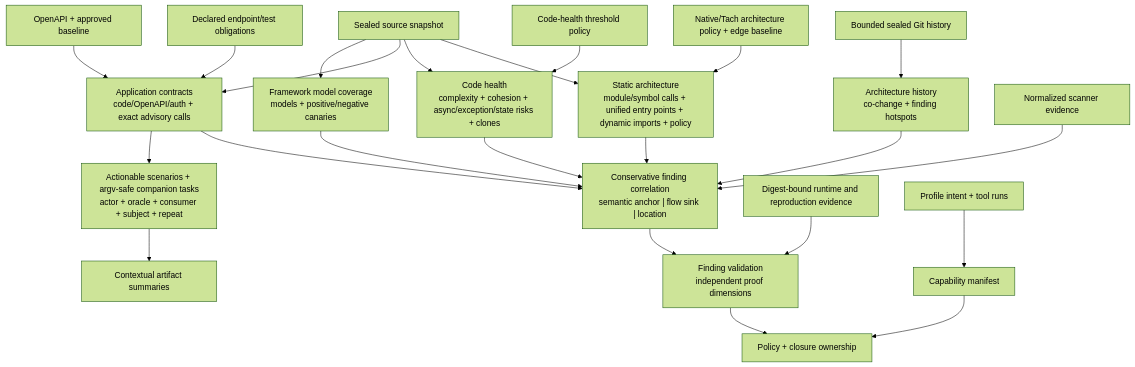
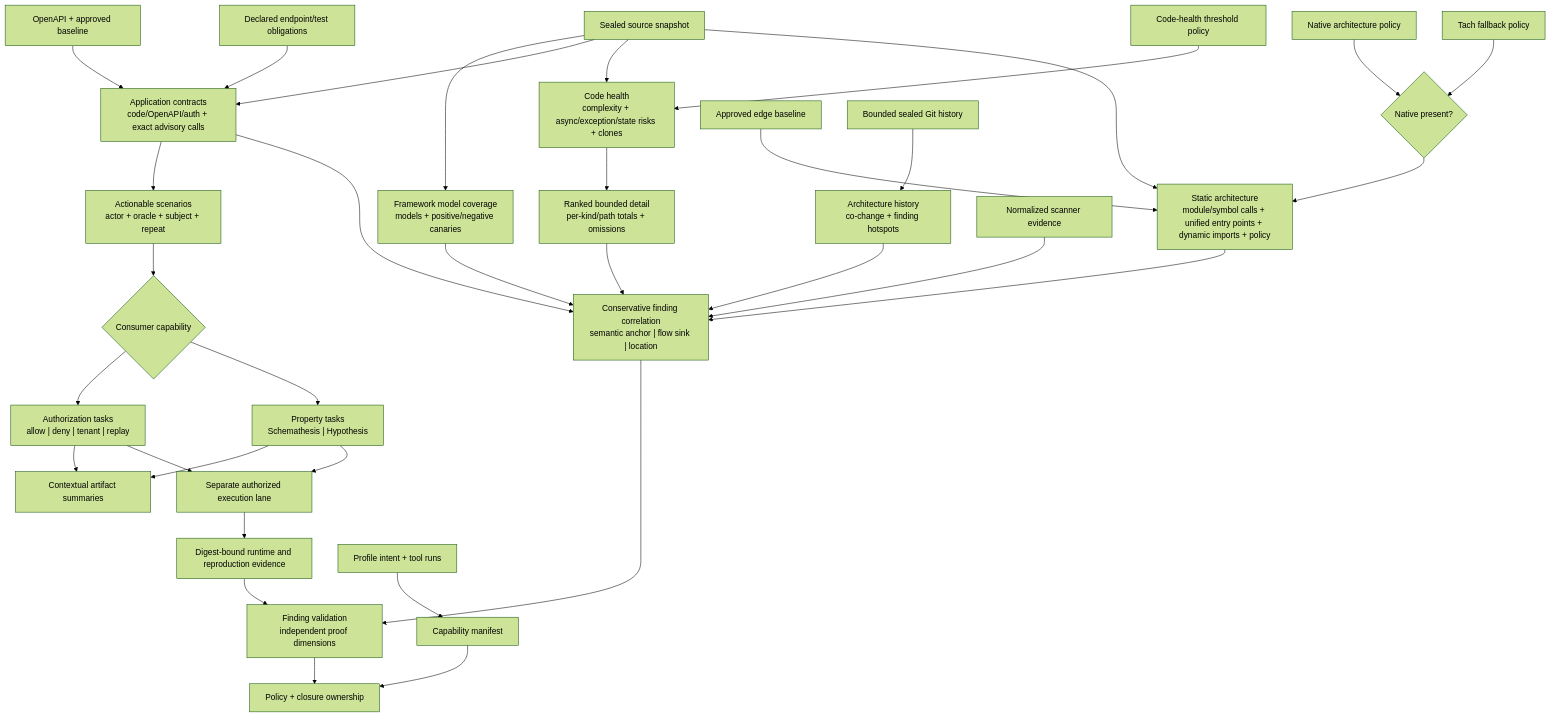
The second of 17 diagrams in docs/design.md (willtran87/project-py-security-suite), drawn with Mermaid (forest theme) before and after one commit. The commit also changed 6 other files, not shown here.

Commit message:
docs: refresh analysis flows and diagrams

````diff
--- a/docs/design.md
+++ b/docs/design.md
@@ -76,25 +76,36 @@
 ```mermaid
 flowchart TB
     Source["Sealed source snapshot"] --> Frameworks["Framework model coverage<br/>models + positive/negative canaries"]
     Source --> Contracts["Application contracts<br/>code/OpenAPI/auth + exact advisory calls"]
     OpenAPI["OpenAPI + approved baseline"] --> Contracts
     ContractPolicy["Declared endpoint/test obligations"] --> Contracts
-    Contracts --> Scenarios["Actionable scenarios + argv-safe companion tasks<br/>actor + oracle + consumer + subject + repeat"]
-    Source --> Health["Code health<br/>complexity + cohesion + async/exception/state risks + clones"]
+    Contracts --> Scenarios["Actionable scenarios<br/>actor + oracle + subject + repeat"]
+    Scenarios --> CapabilityRoute{"Consumer capability"}
+    CapabilityRoute --> AuthTasks["Authorization tasks<br/>allow | deny | tenant | replay"]
+    CapabilityRoute --> PropertyTasks["Property tasks<br/>Schemathesis | Hypothesis"]
+    Source --> Health["Code health<br/>complexity + async/exception/state risks + clones"]
     HealthPolicy["Code-health threshold policy"] --> Health
+    Health --> RankedHealth["Ranked bounded detail<br/>per-kind/path totals + omissions"]
     Source --> Architecture["Static architecture<br/>module/symbol calls + unified entry points + dynamic imports + policy"]
-    ArchitecturePolicy["Native/Tach architecture policy + edge baseline"] --> Architecture
+    NativePolicy["Native architecture policy"] --> PolicySelect{"Native present?"}
+    TachPolicy["Tach fallback policy"] --> PolicySelect
+    PolicySelect --> Architecture
+    EdgeBaseline["Approved edge baseline"] --> Architecture
     History["Bounded sealed Git history"] --> Temporal["Architecture history<br/>co-change + finding hotspots"]
     ToolEvidence["Normalized scanner evidence"] --> Correlate["Conservative finding correlation<br/>semantic anchor | flow sink | location"]
     Frameworks --> Correlate
     Contracts --> Correlate
-    Scenarios --> Reports["Contextual artifact summaries"]
-    Health --> Correlate
+    AuthTasks --> Reports["Contextual artifact summaries"]
+    PropertyTasks --> Reports
+    RankedHealth --> Correlate
     Architecture --> Correlate
     Temporal --> Correlate
     Correlate --> Validation["Finding validation<br/>independent proof dimensions"]
-    Runtime["Digest-bound runtime and reproduction evidence"] --> Validation
+    AuthTasks --> AuthorizedLane["Separate authorized execution lane"]
+    PropertyTasks --> AuthorizedLane
+    AuthorizedLane --> Runtime["Digest-bound runtime and reproduction evidence"]
+    Runtime --> Validation
     Validation --> Policy["Policy + closure ownership"]
     Capabilities["Profile intent + tool runs"] --> Manifest["Capability manifest"]
     Manifest --> Policy
 ```
````
